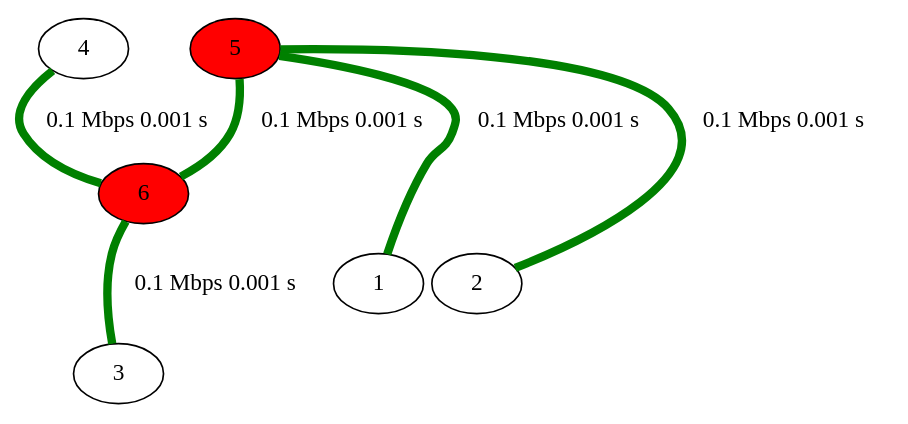
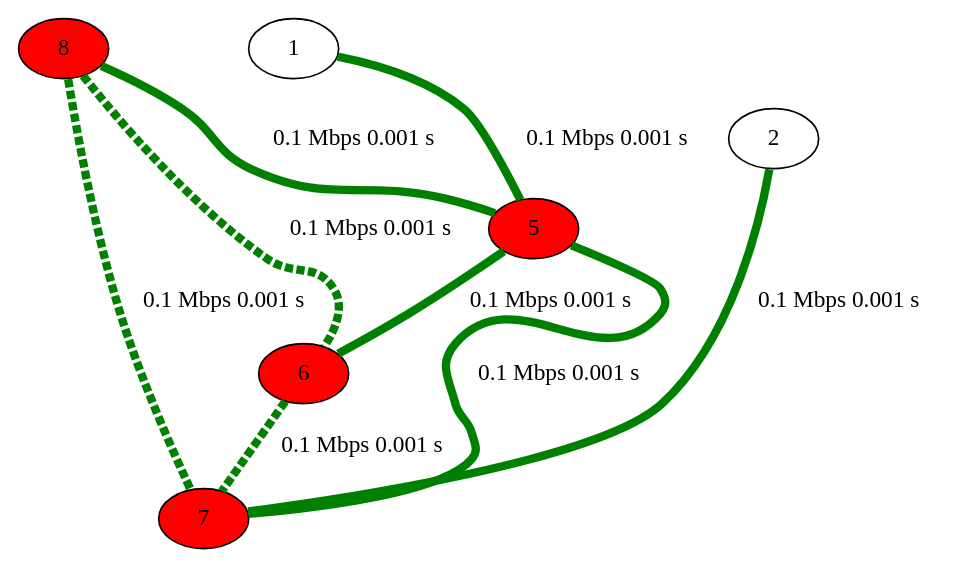
Before and after one commit to nonononoka/ntSimulator: the diagram in network.gv, drawn with Graphviz. The commit also changed 4 other files, not shown here.

```diff
--- a/network.gv
+++ b/network.gv
@@ -1,46 +1,64 @@
 strict graph {
 
 
-	"4" [  weight=0 ];
+	"8" [ fillcolor="red", style="filled",  weight=0 ];
 
-	"4" -- "6" [ color="green", label="0.1 Mbps 0.001 s
-", penwidth="5.00",  weight=0 ];
+	"8" -- "5" [ color="green", label="0.1 Mbps 0.001 s
+", penwidth="5.00", style="",  weight=0 ];
 
-	"5" [ fillcolor="red", style="filled",  weight=0 ];
+	"8" -- "6" [ color="green", label="0.1 Mbps 0.001 s
+", penwidth="5.00", style="dashed",  weight=0 ];
 
-	"5" -- "1" [ color="green", label="0.1 Mbps 0.001 s
-", penwidth="5.00",  weight=0 ];
-
-	"5" -- "2" [ color="green", label="0.1 Mbps 0.001 s
-", penwidth="5.00",  weight=0 ];
-
-	"5" -- "6" [ color="green", label="0.1 Mbps 0.001 s
-", penwidth="5.00",  weight=0 ];
-
-	"6" [ fillcolor="red", style="filled",  weight=0 ];
-
-	"6" -- "4" [ color="green", label="0.1 Mbps 0.001 s
-", penwidth="5.00",  weight=0 ];
-
-	"6" -- "5" [ color="green", label="0.1 Mbps 0.001 s
-", penwidth="5.00",  weight=0 ];
-
-	"6" -- "3" [ color="green", label="0.1 Mbps 0.001 s
-", penwidth="5.00",  weight=0 ];
+	"8" -- "7" [ color="green", label="0.1 Mbps 0.001 s
+", penwidth="5.00", style="dashed",  weight=0 ];
 
 	"1" [  weight=0 ];
 
 	"1" -- "5" [ color="green", label="0.1 Mbps 0.001 s
 ", penwidth="5.00",  weight=0 ];
 
 	"2" [  weight=0 ];
 
-	"2" -- "5" [ color="green", label="0.1 Mbps 0.001 s
+	"2" -- "7" [ color="green", label="0.1 Mbps 0.001 s
+", penwidth="5.00", style="",  weight=0 ];
+
+	"5" [ fillcolor="red", style="filled",  weight=0 ];
+
+	"5" -- "7" [ color="green", label="0.1 Mbps 0.001 s
+", penwidth="5.00", style="",  weight=0 ];
+
+	"5" -- "8" [ color="green", label="0.1 Mbps 0.001 s
+", penwidth="5.00", style="",  weight=0 ];
+
+	"5" -- "1" [ color="green", label="0.1 Mbps 0.001 s
 ", penwidth="5.00",  weight=0 ];
 
-	"3" [  weight=0 ];
+	"5" -- "6" [ color="green", label="0.1 Mbps 0.001 s
+", penwidth="5.00", style="",  weight=0 ];
 
-	"3" -- "6" [ color="green", label="0.1 Mbps 0.001 s
-", penwidth="5.00",  weight=0 ];
+	"6" [ fillcolor="red", style="filled",  weight=0 ];
+
+	"6" -- "8" [ color="green", label="0.1 Mbps 0.001 s
+", penwidth="5.00", style="dashed",  weight=0 ];
+
+	"6" -- "5" [ color="green", label="0.1 Mbps 0.001 s
+", penwidth="5.00", style="",  weight=0 ];
+
+	"6" -- "7" [ color="green", label="0.1 Mbps 0.001 s
+", penwidth="5.00", style="dashed",  weight=0 ];
+
+	"7" [ fillcolor="red", style="filled",  weight=0 ];
+
+	"7" -- "2" [ color="green", label="0.1 Mbps 0.001 s
+", penwidth="5.00", style="",  weight=0 ];
+
+	"7" -- "5" [ color="green", label="0.1 Mbps 0.001 s
+", penwidth="5.00", style="",  weight=0 ];
+
+	"7" -- "6" [ color="green", label="0.1 Mbps 0.001 s
+", penwidth="5.00", style="dashed",  weight=0 ];
+
+	"7" -- "8" [ color="green", label="0.1 Mbps 0.001 s
+", penwidth="5.00", style="dashed",  weight=0 ];
 
 }
```
